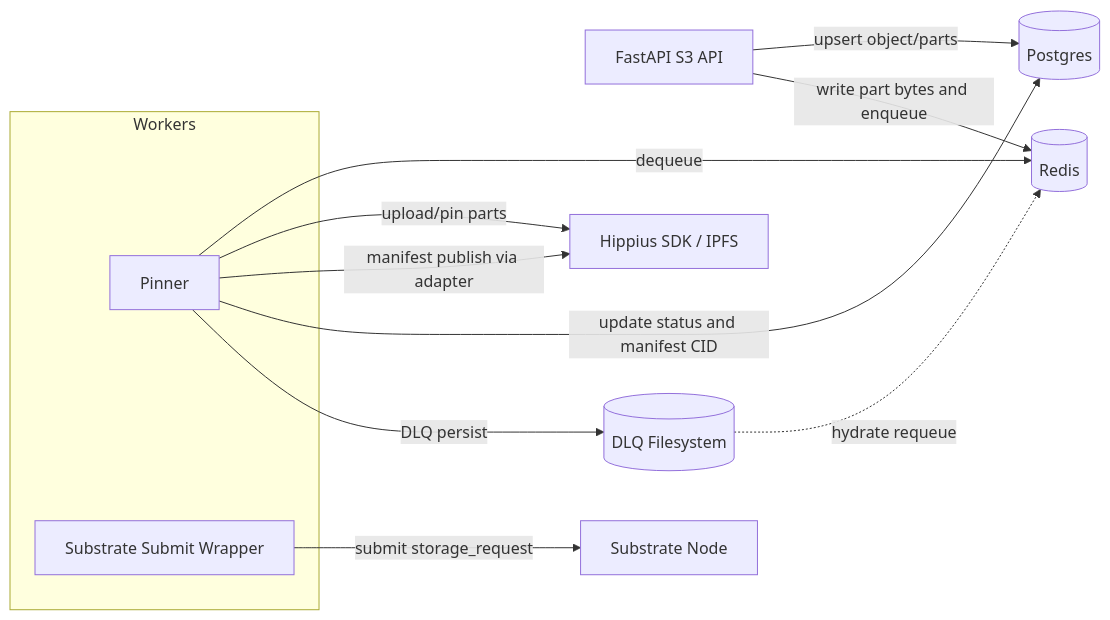
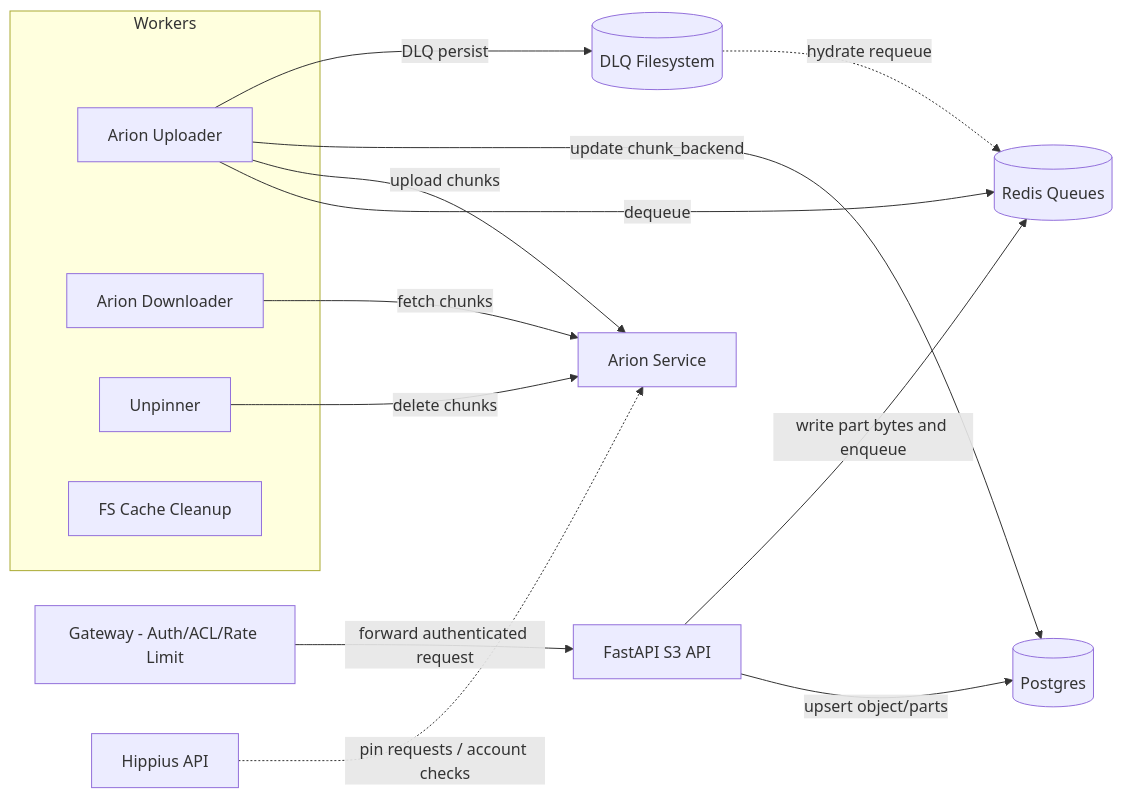
The diagram in docs/component-architecture.md (thenervelab/hippius-s3), drawn with Mermaid before and after one commit. The commit also changed 11 other files, not shown here.

````diff
--- a/docs/component-architecture.md
+++ b/docs/component-architecture.md
@@ -3,25 +3,30 @@
 ```mermaid
 flowchart LR
+    Gateway[Gateway - Auth/ACL/Rate Limit]
     API[FastAPI S3 API]
 
     subgraph Workers
-        Pinner
-        ChainRetry[Substrate Submit Wrapper]
+        Uploader[Arion Uploader]
+        Downloader[Arion Downloader]
+        Unpinner[Unpinner]
+        Janitor[FS Cache Cleanup]
     end
 
-    Redis[(Redis)]
+    Redis[(Redis Queues)]
     DLQFS[(DLQ Filesystem)]
     DB[(Postgres)]
-    IPFS[Hippius SDK / IPFS]
-    Substrate[Substrate Node]
+    Arion[Arion Service]
+    HippiusAPI[Hippius API]
 
+    Gateway -->|forward authenticated request| API
     API -->|upsert object/parts| DB
-    API -->|write part bytes and enqueue | Redis
-    Pinner -->|dequeue| Redis
-    Pinner -->|upload/pin parts| IPFS
-    Pinner -->|manifest publish via adapter| IPFS
-    Pinner -->|update status and manifest CID| DB
-    Pinner -->|DLQ persist| DLQFS
-    ChainRetry -->|submit storage_request| Substrate
+    API -->|write part bytes and enqueue| Redis
+    Uploader -->|dequeue| Redis
+    Uploader -->|upload chunks| Arion
+    Uploader -->|update chunk_backend| DB
+    Uploader -->|DLQ persist| DLQFS
+    Downloader -->|fetch chunks| Arion
+    Unpinner -->|delete chunks| Arion
+    HippiusAPI -.->|pin requests / account checks| Arion
     DLQFS -.->|hydrate requeue| Redis
 ```
````
